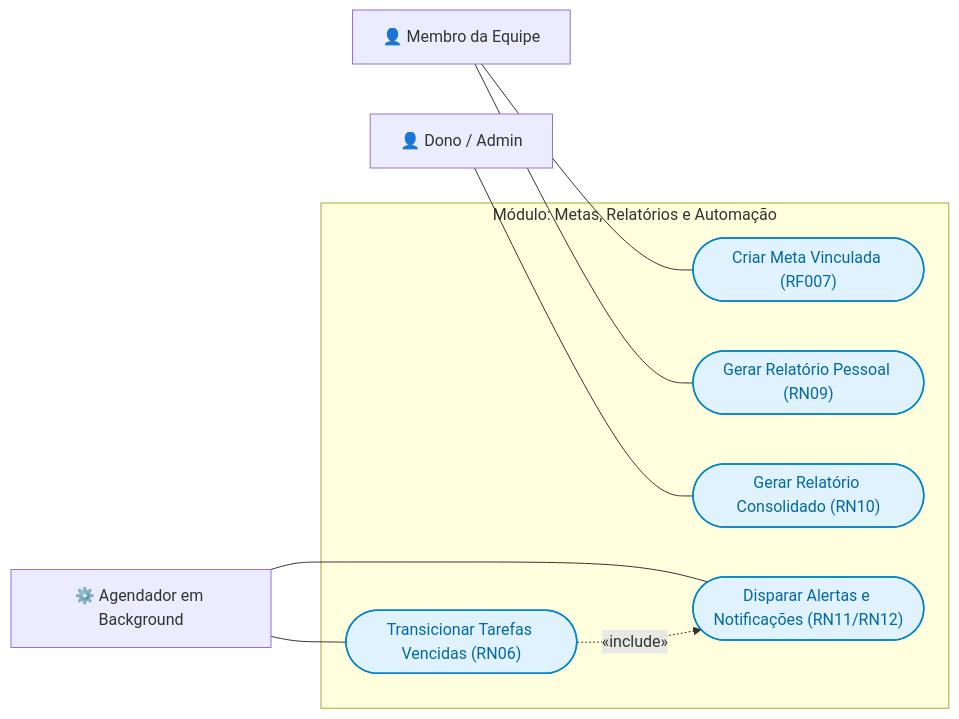
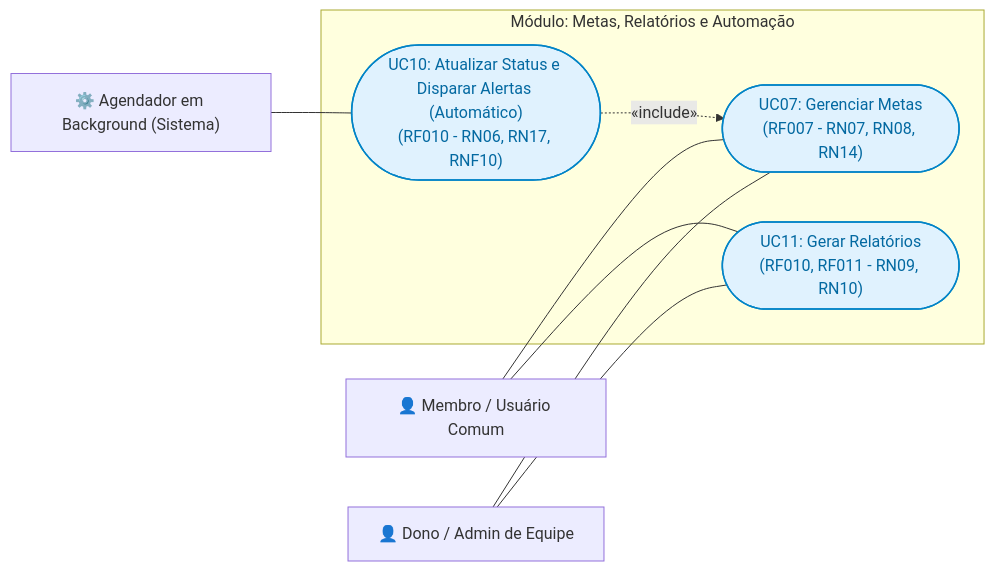
One commit to aikovlr/Cortex-backend changed the ninth of 36 diagrams in DIAGRAMAS.md. Above: the diagram before and after it, drawn with Mermaid. The commit also changed other lines of this file and 3 other files, not shown here.

First line of the commit message:
docs(diagramas): atualizar diagramas de arquitetura e remover arquivos temporarios de analise

````diff
--- a/DIAGRAMAS.md
+++ b/DIAGRAMAS.md
@@ -906,28 +791,26 @@
 ```mermaid
 flowchart LR
     %% Atores
-    Membro["👤 Membro da Equipe"]
-    AdminDono["👤 Dono / Admin"]
-    Sistema["⚙️ Agendador em Background"]
+    Membro["👤 Membro / Usuário Comum"]
+    Lideranca["👤 Dono / Admin de Equipe"]
+    Sistema["⚙️ Agendador em Background (Sistema)"]
 
-    subgraph ModuloMetasAutomacao ["Módulo: Metas, Relatórios e Automação"]
-        UC_CriarMeta(["Criar Meta Vinculada (RF007)"])
-        UC_RelPessoal(["Gerar Relatório Pessoal (RN09)"])
-        UC_RelConsolidado(["Gerar Relatório Consolidado (RN10)"])
-        UC_TransicionarAtrasadas(["Transicionar Tarefas Vencidas (RN06)"])
-        UC_DispararAlertas(["Disparar Alertas e Notificações (RN11/RN12)"])
+    subgraph ModuloMetasRelatorios ["Módulo: Metas, Relatórios e Automação"]
+        UC07(["UC07: Gerenciar Metas<br/>(RF007 - RN07, RN08, RN14)"])
+        UC11(["UC11: Gerar Relatórios<br/>(RF010, RF011 - RN09, RN10)"])
+        UC10(["UC10: Atualizar Status e Disparar Alertas (Automático)<br/>(RF010 - RN06, RN17, RNF10)"])
     end
 
-    %% Associações
-    Membro --- UC_CriarMeta
-    Membro --- UC_RelPessoal
-    AdminDono --- UC_RelConsolidado
-    Sistema --- UC_TransicionarAtrasadas
-    Sistema --- UC_DispararAlertas
+    %% Vínculos de Atores
+    Membro --- UC07
+    Membro --- UC11
+    Lideranca --- UC07
+    Lideranca --- UC11
+    Sistema --- UC10
 
-    %% Inclusão: Transição de atraso dispara alerta imediato
-    UC_TransicionarAtrasadas -.->|«include»| UC_DispararAlertas
+    %% Inclusão: Atualização de metas disparada por conclusão de tarefas
+    UC10 -.->|«include»| UC07
 
     classDef uc fill:#e0f2fe,stroke:#0284c7,stroke-width:1.5px,color:#0369a1;
-    class UC_CriarMeta,UC_RelPessoal,UC_RelConsolidado,UC_TransicionarAtrasadas,UC_DispararAlertas uc;
+    class UC07,UC10,UC11 uc;
 ```
````
